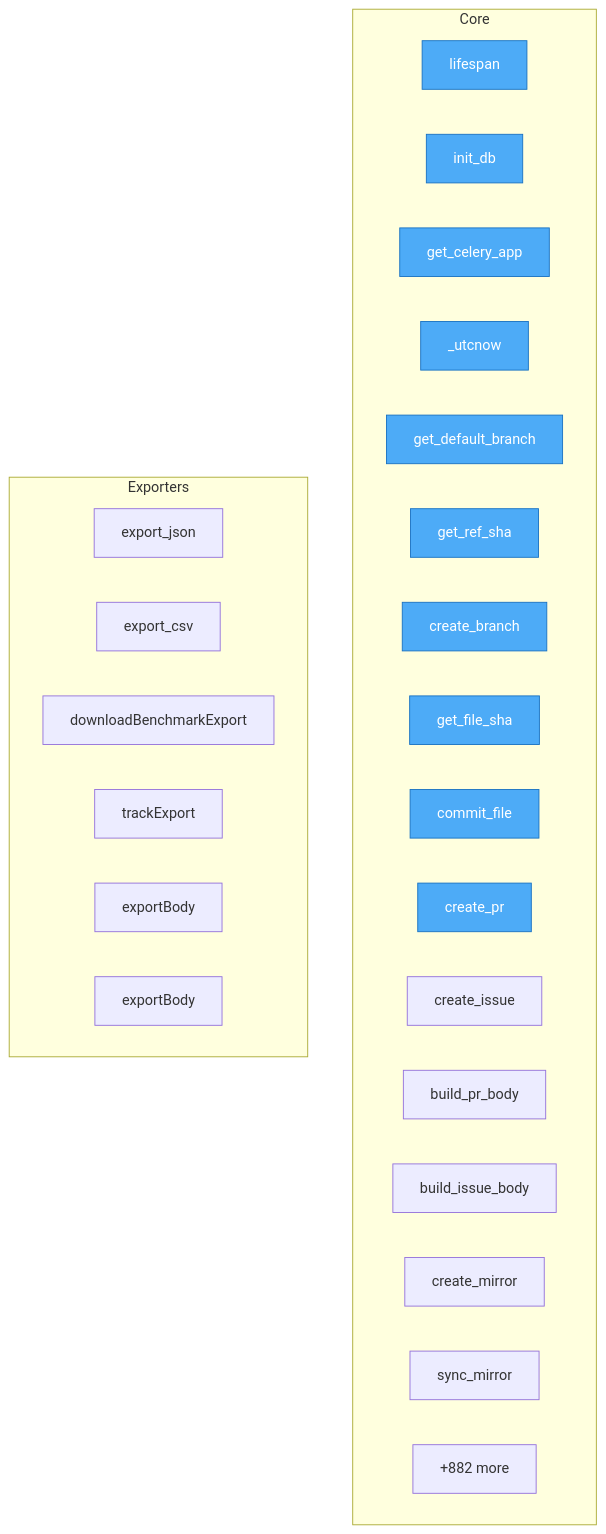
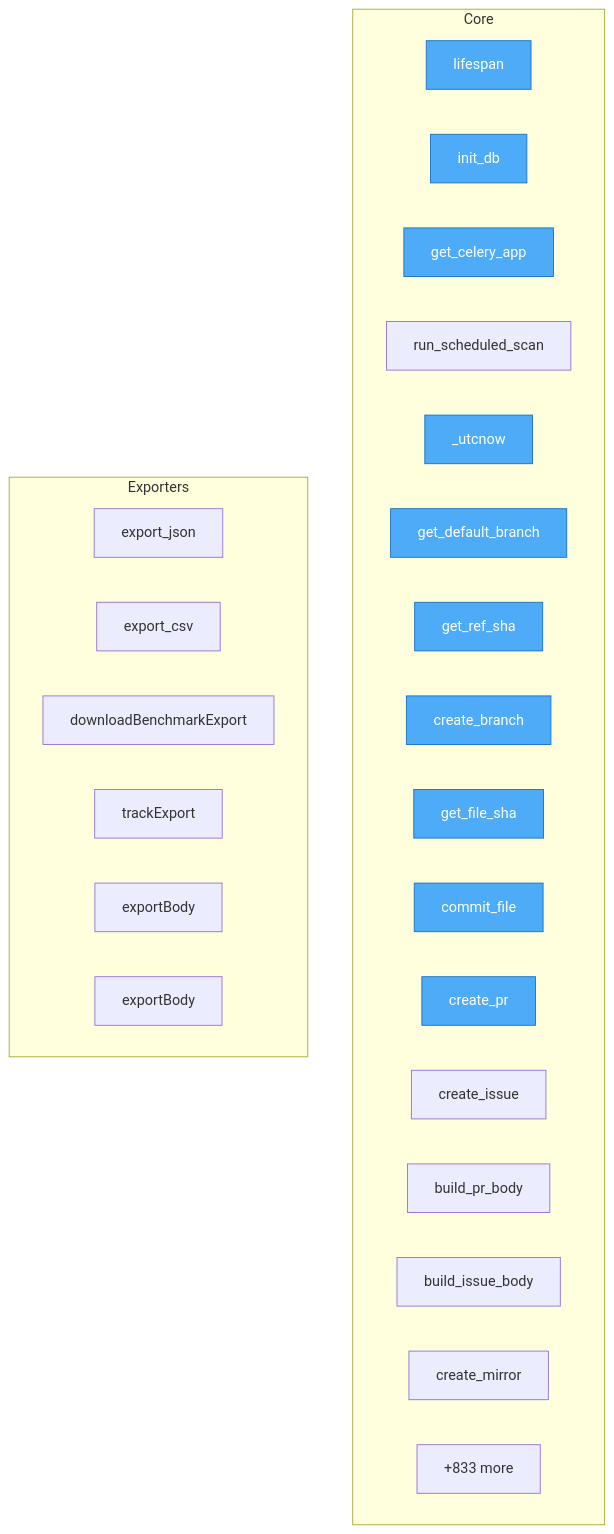
The diagram in project/flow.mmd (semcod/www), drawn with Mermaid before and after one commit. The commit also changed 63 other files, not shown here.

```diff
--- a/project/flow.mmd
+++ b/project/flow.mmd
@@ -1,34 +1,34 @@
 flowchart TD
 
     %% Entry points (blue)
     classDef entry fill:#4dabf7,stroke:#1971c2,color:#fff
 
     subgraph Core
         backend__server__lifespan["lifespan"]
         backend__db_session__init_db["init_db"]
         backend__worker__get_celery_app["get_celery_app"]
+        backend__scheduler__scan_job__run_scheduled_scan["run_scheduled_scan"]
         backend__db_models___utcnow["_utcnow"]
         backend__services__autopr_helpers__BranchManager__get_default_branch["get_default_branch"]
         backend__services__autopr_helpers__BranchManager__get_ref_sha["get_ref_sha"]
         backend__services__autopr_helpers__BranchManager__create_branch["create_branch"]
         backend__services__autopr_helpers__PatchApplier__get_file_sha["get_file_sha"]
         backend__services__autopr_helpers__PatchApplier__commit_file["commit_file"]
         backend__services__autopr_helpers__PRCreator__create_pr["create_pr"]
         backend__services__autopr_helpers__PRCreator__create_issue["create_issue"]
         backend__services__autopr_helpers__PRCreator__build_pr_body["build_pr_body"]
         backend__services__autopr_helpers__PRCreator__build_issue_body["build_issue_body"]
         backend__services__mirror__MirrorService__create_mirror["create_mirror"]
-        backend__services__mirror__MirrorService__sync_mirror["sync_mirror"]
-        ...["+882 more"]
+        ...["+833 more"]
     end
 
     subgraph Exporters
         backend__routers__benchmark__export_json["export_json"]
         backend__routers__benchmark__export_csv["export_csv"]
         frontend__src__api__downloadBenchmarkExport["downloadBenchmarkExport"]
         frontend__src__hooks__useBenchmarkTracking__trackExport["trackExport"]
         frontend__e2e__benchmark__spec__exportBody["exportBody"]
         frontend__e2e__system_integration__spec__exportBody["exportBody"]
     end
 
     class backend__server__lifespan,backend__db_session__init_db,backend__worker__get_celery_app,backend__db_models___utcnow,backend__services__autopr_helpers__BranchManager__get_default_branch,backend__services__autopr_helpers__BranchManager__get_ref_sha,backend__services__autopr_helpers__BranchManager__create_branch,backend__services__autopr_helpers__PatchApplier__get_file_sha,backend__services__autopr_helpers__PatchApplier__commit_file,backend__services__autopr_helpers__PRCreator__create_pr entry
```
